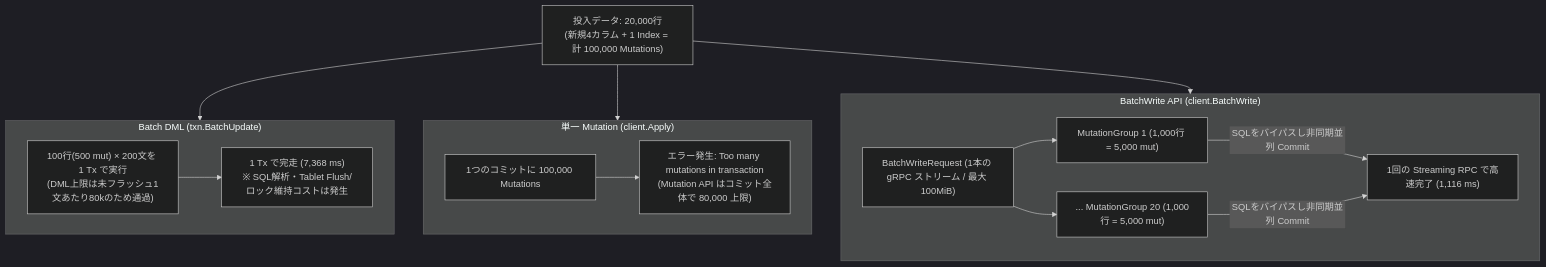
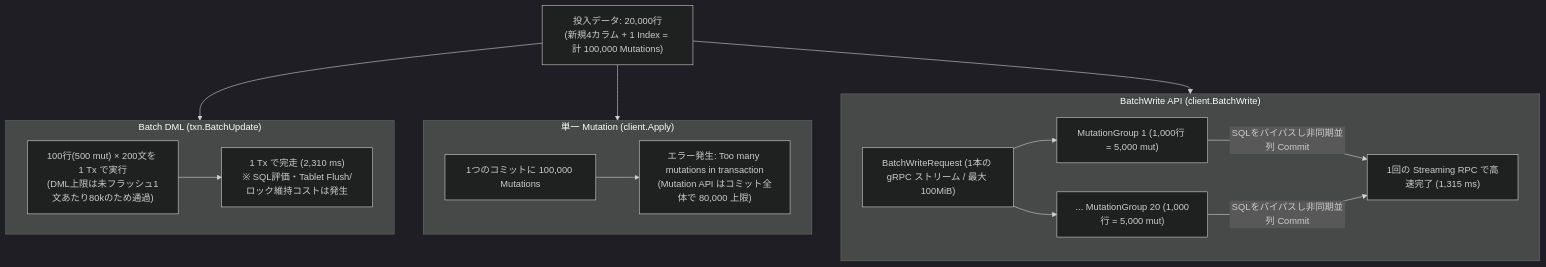
The fourth of 6 diagrams in articles/7aad16e9b5760d.md (michity15169/zenn-content), drawn with Mermaid (dark theme) before and after one commit. The commit also changed other lines of this file, not shown here.

````diff
--- a/articles/7aad16e9b5760d.md
+++ b/articles/7aad16e9b5760d.md
@@ -368,28 +372,28 @@
 ```mermaid
 flowchart TD
     Data["投入データ: 20,000行\n(新規4カラム + 1 Index = 計 100,000 Mutations)"]
 
     subgraph BatchDML20k ["Batch DML (txn.BatchUpdate)"]
         DMLStmts["100行(500 mut) × 200文を 1 Tx で実行\n(DML上限は未フラッシュ1文あたり80kのため通過)"]
-        DMLDone["1 Tx で完走 (7,368 ms)\n※ SQL解析・Tablet Flush/ロック維持コストは発生"]
+        DMLDone["1 Tx で完走 (2,310 ms)\n※ SQL評価・Tablet Flush/ロック維持コストは発生"]
         DMLStmts --> DMLDone
     end
 
     subgraph SingleApply ["単一 Mutation (client.Apply)"]
         TxSingle["1つのコミットに 100,000 Mutations"]
         Err["エラー発生: Too many mutations in transaction\n(Mutation API はコミット全体で 80,000 上限)"]
         TxSingle --> Err
     end
 
     subgraph BatchWriteAPI ["BatchWrite API (client.BatchWrite)"]
         Stream["BatchWriteRequest (1本の gRPC ストリーム / 最大 100MiB)"]
         MG1["MutationGroup 1 (1,000行 = 5,000 mut)"]
         MGN["... MutationGroup 20 (1,000行 = 5,000 mut)"]
         Stream --> MG1 & MGN
-        MG1 & MGN -->|"SQLをバイパスし非同期並列 Commit"| BWDone["1回の Streaming RPC で高速完了 (1,116 ms)"]
+        MG1 & MGN -->|"SQLをバイパスし非同期並列 Commit"| BWDone["1回の Streaming RPC で高速完了 (1,315 ms)"]
     end
 
     Data --> BatchDML20k
     Data --> SingleApply
     Data --> BatchWriteAPI
 ```
````
